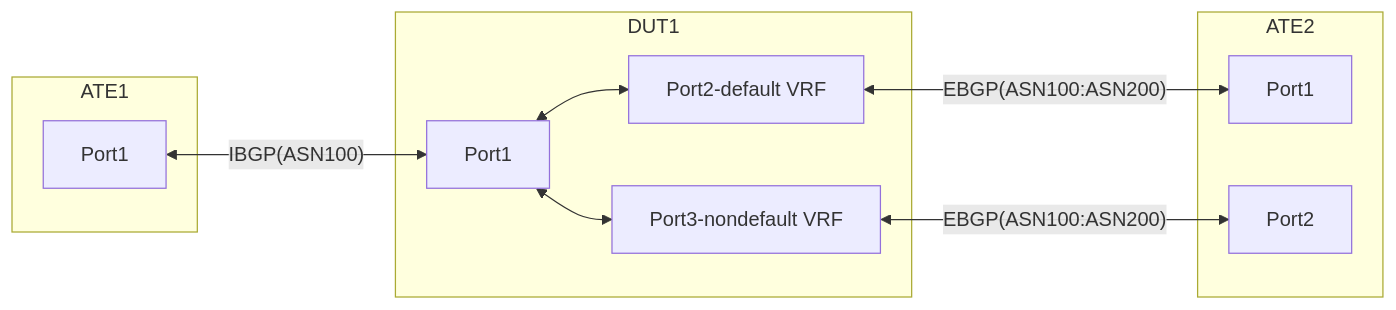
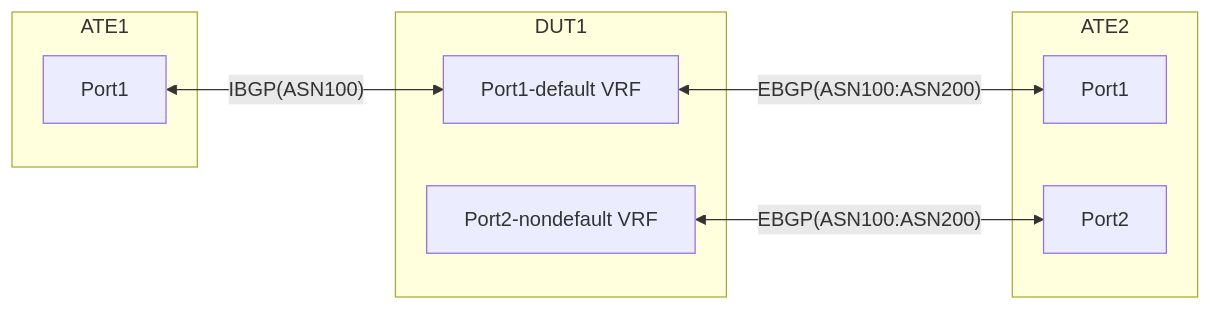
One commit to openconfig/featureprofiles changed the diagram in feature/policy_forwarding/policy_vrf_selection/otg_tests/policy_based_traffic_steering_default_to_nondefault/README.md. Above: the diagram before and after it, drawn with Mermaid. The commit also changed other lines of this file, not shown here.

````diff
--- a/feature/policy_forwarding/policy_vrf_selection/otg_tests/policy_based_traffic_steering_default_to_nondefault/README.md
+++ b/feature/policy_forwarding/policy_vrf_selection/otg_tests/policy_based_traffic_steering_default_to_nondefault/README.md
@@ -11,20 +11,17 @@
 ```mermaid
 graph LR; 
 subgraph ATE1 [ATE1]
     A1[Port1]
 end
 subgraph DUT1 [DUT1]
-    B1[Port1]
-    B2[Port2-default VRF]
-    B3[Port3-nondefault VRF]
+    B1[Port1-default VRF]
+    B2[Port2-nondefault VRF]
 end 
 subgraph ATE2 [ATE2]
     C1[Port1]
     C2[Port2]
 end
-B1 <--> B2;
-B1 <--> B3;
 A1 <-- IBGP(ASN100) --> B1;
-B2 <-- EBGP(ASN100:ASN200) --> C1;
-B3 <-- EBGP(ASN100:ASN200)  --> C2;
+B1 <-- EBGP(ASN100:ASN200) --> C1;
+B2 <-- EBGP(ASN100:ASN200)  --> C2;
 ```
````
